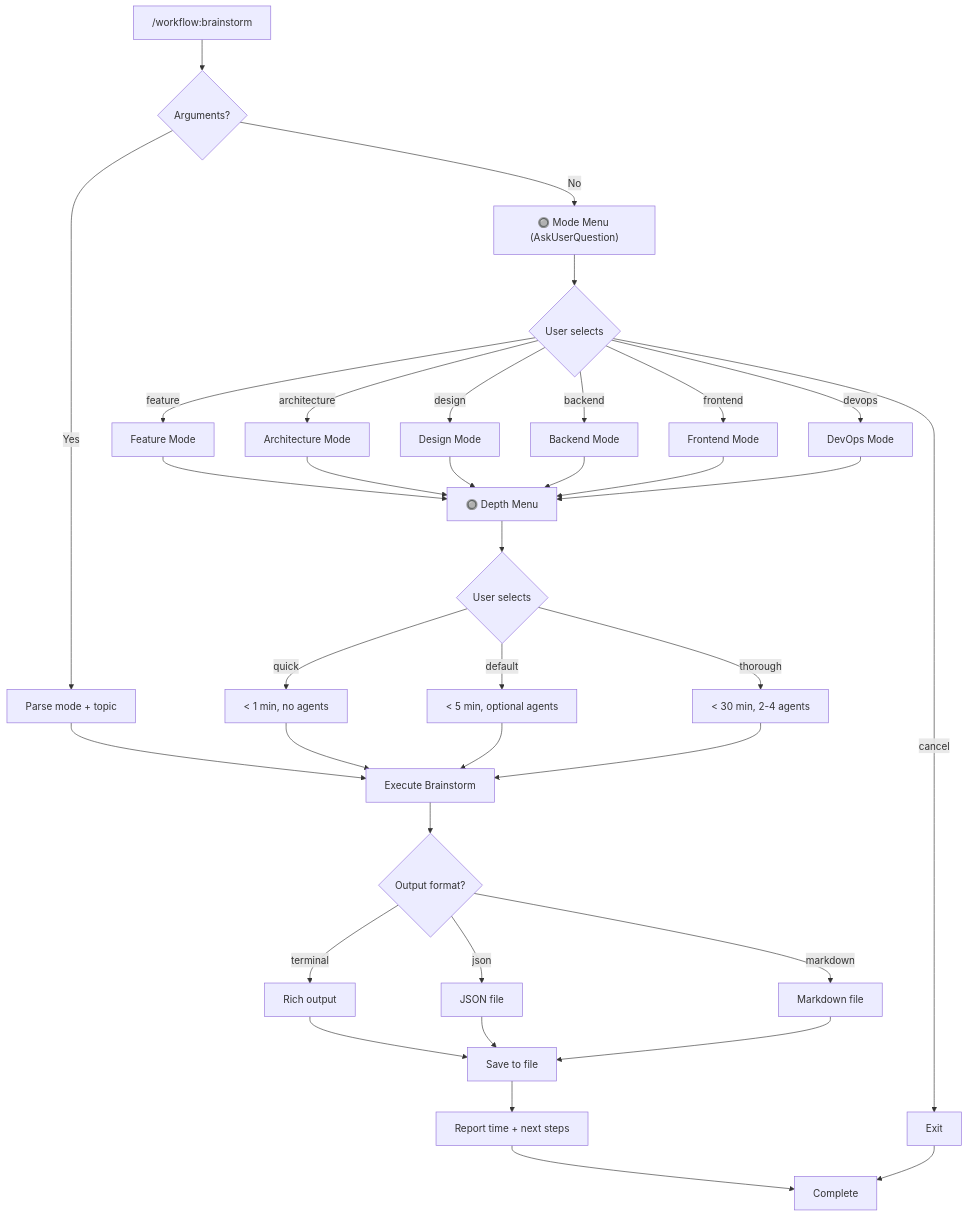
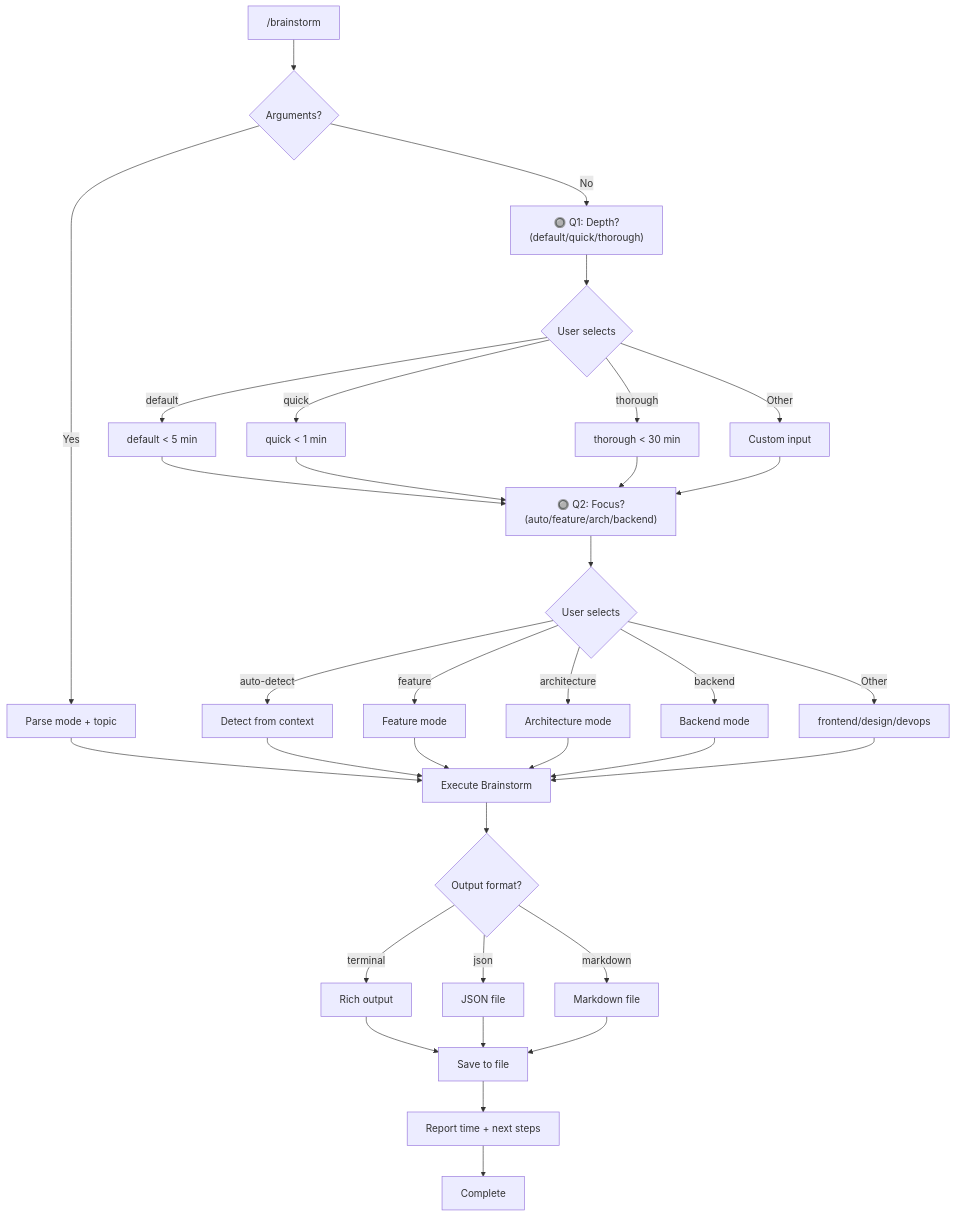
Before and after one commit to Data-Wise/craft: the diagram in workflow/commands/brainstorm.md, drawn with Mermaid. The commit also changed other lines of this file and 2 other files, not shown here.

First line of the commit message:
fix(workflow): use two-question flow for AskUserQuestion compliance

````diff
--- a/workflow/commands/brainstorm.md
+++ b/workflow/commands/brainstorm.md
@@ -415,46 +433,44 @@
 ```mermaid
 flowchart TD
-    Start["/workflow:brainstorm"] --> HasArgs{Arguments?}
+    Start["/brainstorm"] --> HasArgs{Arguments?}
 
     HasArgs -->|Yes| ParseArgs[Parse mode + topic]
-    HasArgs -->|No| ModeMenu["🔘 Mode Menu (AskUserQuestion)"]
+    HasArgs -->|No| DepthQ["🔘 Q1: Depth?<br/>(default/quick/thorough)"]
 
-    ModeMenu --> SelectMode{User selects}
-    SelectMode -->|feature| Feature[Feature Mode]
-    SelectMode -->|architecture| Arch[Architecture Mode]
-    SelectMode -->|design| Design[Design Mode]
-    SelectMode -->|backend| Backend[Backend Mode]
-    SelectMode -->|frontend| Frontend[Frontend Mode]
-    SelectMode -->|devops| DevOps[DevOps Mode]
-    SelectMode -->|cancel| Cancel[Exit]
+    DepthQ --> SelectDepth{User selects}
+    SelectDepth -->|default| DefaultDepth[default < 5 min]
+    SelectDepth -->|quick| QuickDepth[quick < 1 min]
+    SelectDepth -->|thorough| ThoroughDepth[thorough < 30 min]
+    SelectDepth -->|Other| CustomDepth[Custom input]
 
-    Feature --> DepthMenu["🔘 Depth Menu"]
-    Arch --> DepthMenu
-    Design --> DepthMenu
-    Backend --> DepthMenu
-    Frontend --> DepthMenu
-    DevOps --> DepthMenu
+    DefaultDepth --> FocusQ["🔘 Q2: Focus?<br/>(auto/feature/arch/backend)"]
+    QuickDepth --> FocusQ
+    ThoroughDepth --> FocusQ
+    CustomDepth --> FocusQ
 
-    DepthMenu --> SelectDepth{User selects}
-    SelectDepth -->|quick| Quick["< 1 min, no agents"]
-    SelectDepth -->|default| Default["< 5 min, optional agents"]
-    SelectDepth -->|thorough| Thorough["< 30 min, 2-4 agents"]
+    FocusQ --> SelectFocus{User selects}
+    SelectFocus -->|auto-detect| AutoFocus[Detect from context]
+    SelectFocus -->|feature| FeatureFocus[Feature mode]
+    SelectFocus -->|architecture| ArchFocus[Architecture mode]
+    SelectFocus -->|backend| BackendFocus[Backend mode]
+    SelectFocus -->|Other| CustomFocus[frontend/design/devops]
 
     ParseArgs --> Execute
-    Quick --> Execute
-    Default --> Execute
-    Thorough --> Execute
+    AutoFocus --> Execute
+    FeatureFocus --> Execute
+    ArchFocus --> Execute
+    BackendFocus --> Execute
+    CustomFocus --> Execute
 
     Execute[Execute Brainstorm] --> Format{Output format?}
     Format -->|terminal| Terminal[Rich output]
     Format -->|json| JSON[JSON file]
     Format -->|markdown| Markdown[Markdown file]
 
     Terminal --> Save[Save to file]
     JSON --> Save
     Markdown --> Save
 
     Save --> Report["Report time + next steps"]
     Report --> End[Complete]
-    Cancel --> End
 ```
````
